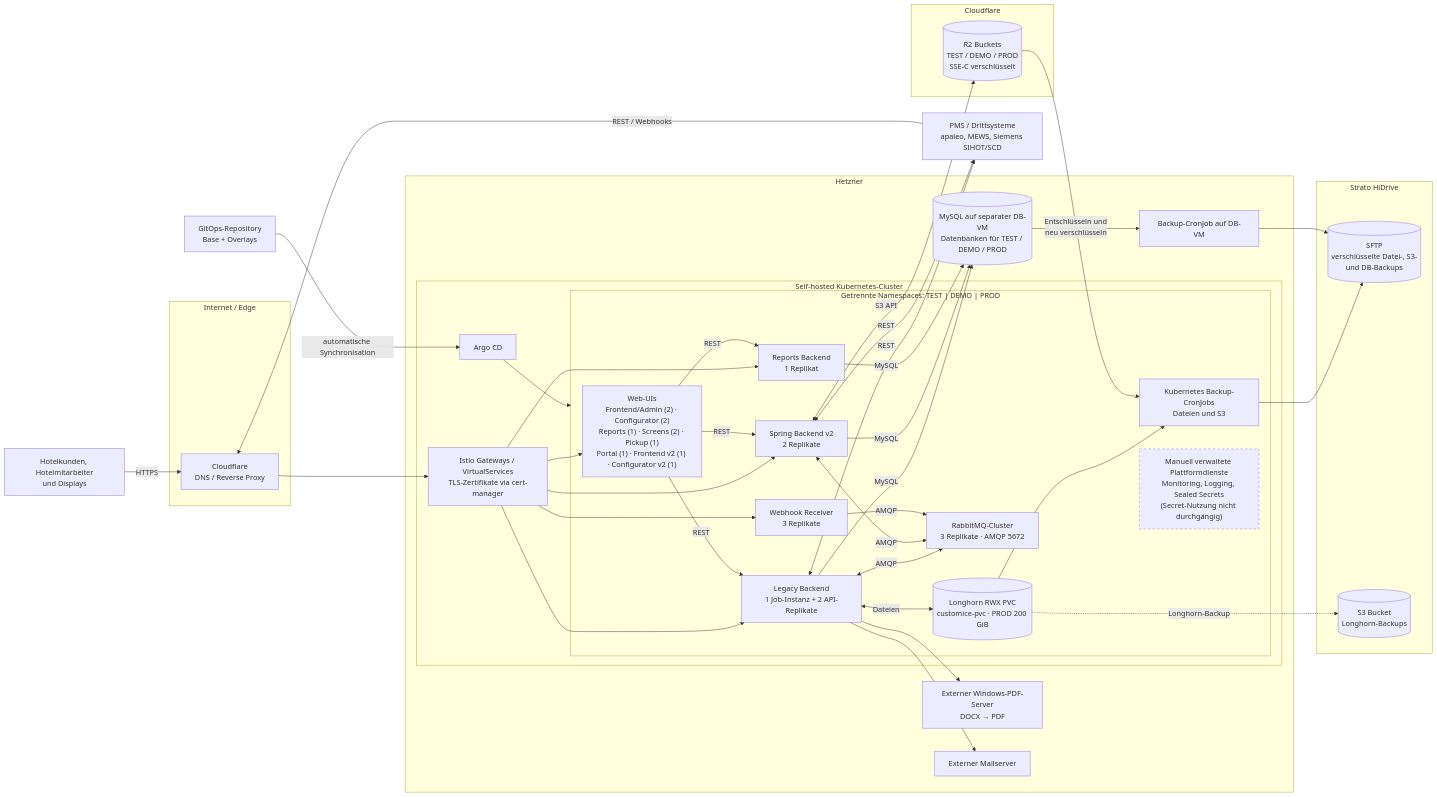
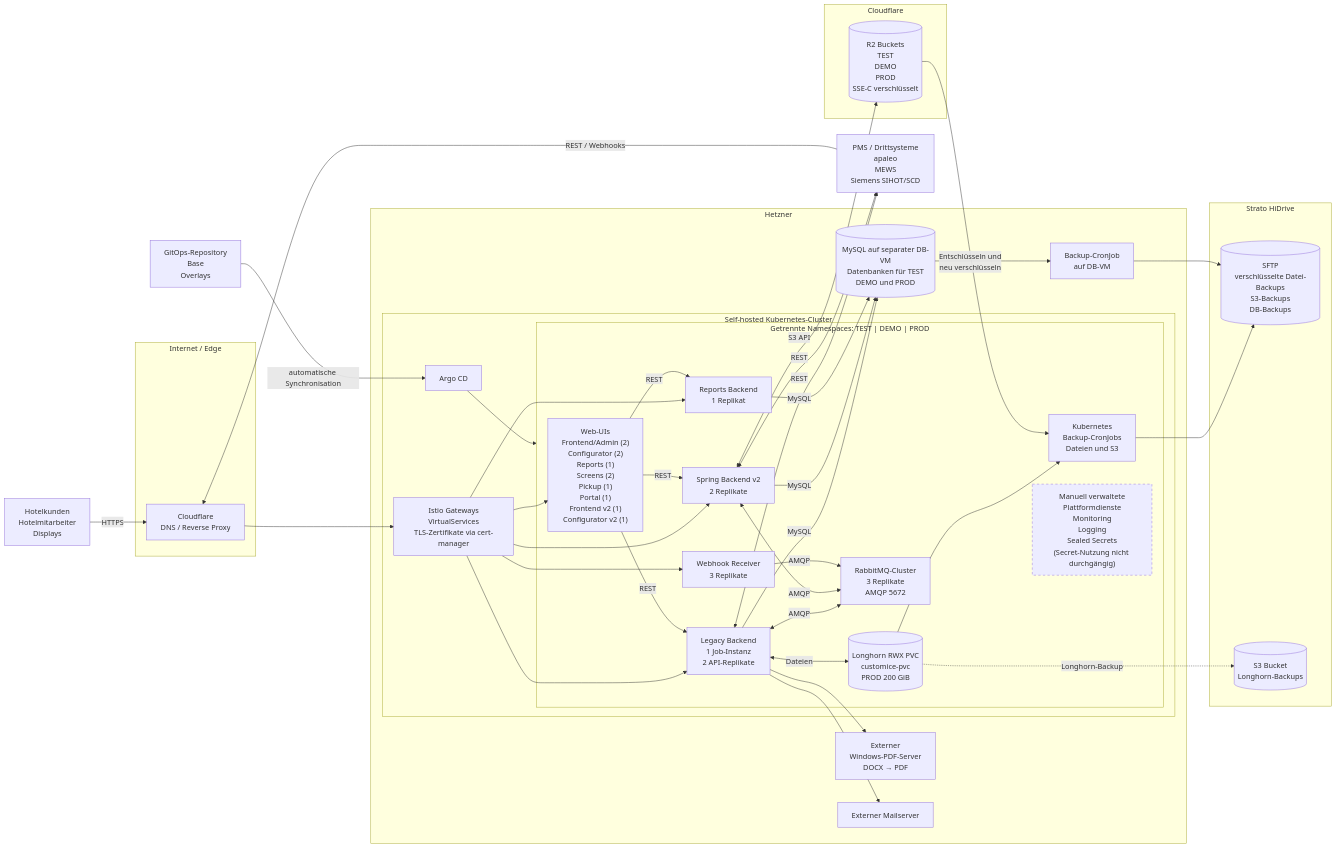
Before and after one commit to mdostmybits/customice-stackit: the diagram in docs/current-architecture.md, drawn with Mermaid.

Commit message:
wrap long descriptions

````diff
--- a/docs/current-architecture.md
+++ b/docs/current-architecture.md
@@ -10,82 +10,82 @@
 ```mermaid
 flowchart LR
-    users["Hotelkunden, Hotelmitarbeiter<br/>und Displays"]
-    pms["PMS / Drittsysteme<br/>apaleo, MEWS, Siemens SIHOT/SCD"]
-    git["GitOps-Repository<br/>Base + Overlays"]
+    users["Hotelkunden<br/>Hotelmitarbeiter<br/>Displays"]
+    pms["PMS / Drittsysteme<br/>apaleo<br/>MEWS<br/>Siemens SIHOT/SCD"]
+    git["GitOps-Repository<br/>Base<br/>Overlays"]
 
     subgraph edge["Internet / Edge"]
         cf["Cloudflare<br/>DNS / Reverse Proxy"]
     end
 
     subgraph hetzner["Hetzner"]
         subgraph k8s["Self-hosted Kubernetes-Cluster"]
             argo["Argo CD"]
-            istio["Istio Gateways / VirtualServices<br/>TLS-Zertifikate via cert-manager"]
+            istio["Istio Gateways<br/>VirtualServices<br/>TLS-Zertifikate via cert-manager"]
 
             subgraph namespaces["Getrennte Namespaces: TEST | DEMO | PROD"]
-                web["Web-UIs<br/>Frontend/Admin (2) · Configurator (2)<br/>Reports (1) · Screens (2) · Pickup (1)<br/>Portal (1) · Frontend v2 (1) · Configurator v2 (1)"]
-                api1["Legacy Backend<br/>1 Job-Instanz + 2 API-Replikate"]
+                web["Web-UIs<br/>Frontend/Admin (2)<br/>Configurator (2)<br/>Reports (1)<br/>Screens (2)<br/>Pickup (1)<br/>Portal (1)<br/>Frontend v2 (1)<br/>Configurator v2 (1)"]
+                api1["Legacy Backend<br/>1 Job-Instanz<br/>2 API-Replikate"]
                 api2["Spring Backend v2<br/>2 Replikate"]
                 reports["Reports Backend<br/>1 Replikat"]
                 webhook["Webhook Receiver<br/>3 Replikate"]
-                rabbit["RabbitMQ-Cluster<br/>3 Replikate · AMQP 5672"]
-                pvc[("Longhorn RWX PVC<br/>customice-pvc · PROD 200 GiB")]
-                backup["Kubernetes Backup-CronJobs<br/>Dateien und S3"]
-                ops["Manuell verwaltete Plattformdienste<br/>Monitoring, Logging, Sealed Secrets<br/>(Secret-Nutzung nicht durchgängig)"]
+                rabbit["RabbitMQ-Cluster<br/>3 Replikate<br/>AMQP 5672"]
+                pvc[("Longhorn RWX PVC<br/>customice-pvc<br/>PROD 200 GiB")]
+                backup["Kubernetes<br/>Backup-CronJobs<br/>Dateien und S3"]
+                ops["Manuell verwaltete<br/>Plattformdienste<br/>Monitoring<br/>Logging<br/>Sealed Secrets<br/>(Secret-Nutzung nicht durchgängig)"]
             end
         end
 
-        db[("MySQL auf separater DB-VM<br/>Datenbanken für TEST / DEMO / PROD")]
-        pdf["Externer Windows-PDF-Server<br/>DOCX → PDF"]
+        db[("MySQL auf separater DB-VM<br/>Datenbanken für TEST<br/>DEMO und PROD")]
+        pdf["Externer<br/>Windows-PDF-Server<br/>DOCX → PDF"]
         mail["Externer Mailserver"]
-        dbbackup["Backup-CronJob auf DB-VM"]
+        dbbackup["Backup-CronJob<br/>auf DB-VM"]
     end
 
     subgraph cloudflare["Cloudflare"]
-        r2[("R2 Buckets<br/>TEST / DEMO / PROD<br/>SSE-C verschlüsselt")]
+        r2[("R2 Buckets<br/>TEST<br/>DEMO<br/>PROD<br/>SSE-C verschlüsselt")]
     end
 
     subgraph strato["Strato HiDrive"]
-        sftp[("SFTP<br/>verschlüsselte Datei-, S3-<br/>und DB-Backups")]
+        sftp[("SFTP<br/>verschlüsselte Datei-Backups<br/>S3-Backups<br/>DB-Backups")]
         s3backup[("S3 Bucket<br/>Longhorn-Backups")]
     end
 
     git -->|automatische Synchronisation| argo
     argo --> namespaces
 
     users -->|HTTPS| cf
     pms -->|REST / Webhooks| cf
     cf --> istio
     istio --> web
     istio --> api1
     istio --> api2
     istio --> reports
     istio --> webhook
 
     web -->|REST| api1
     web -->|REST| api2
     web -->|REST| reports
     api1 <-->|AMQP| rabbit
     api2 <-->|AMQP| rabbit
     webhook -->|AMQP| rabbit
 
     api1 -->|MySQL| db
     api2 -->|MySQL| db
     reports -->|MySQL| db
     api1 --> pdf
     api1 --> mail
     api1 <-->|REST| pms
     api2 <-->|REST| pms
 
     api1 <-->|Dateien| pvc
     api2 <-->|S3 API| r2
     pvc --> backup
     r2 -->|Entschlüsseln und<br/>neu verschlüsseln| backup
     backup --> sftp
     pvc -.->|Longhorn-Backup| s3backup
     db --> dbbackup
     dbbackup --> sftp
 
     classDef inferred stroke-dasharray: 5 5;
     class ops inferred;
 ```
````
